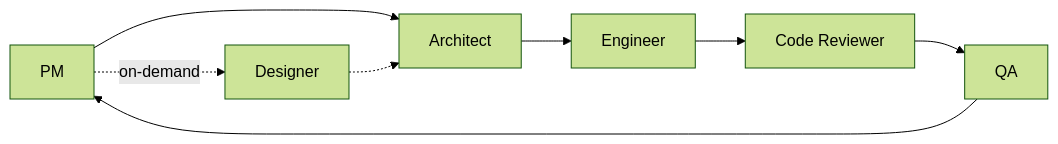
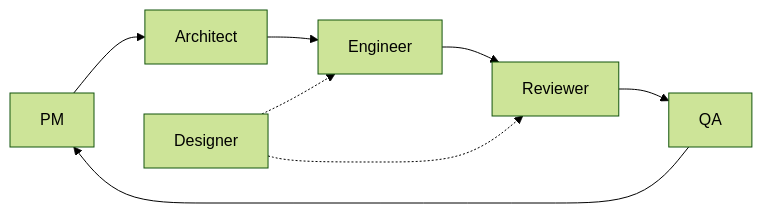
One commit to mshmwr/k-line-prediction changed the diagram in README.md. Above: the diagram before and after it, drawn with Mermaid (forest theme). The commit also changed other lines of this file and 12 other files, not shown here.

````diff
--- a/README.md
+++ b/README.md
@@ -20,6 +30,10 @@
 ```mermaid
 flowchart LR
-    PM --> Architect
-    PM -.->|on-demand| Designer -.-> Architect
-    Architect --> Engineer --> Reviewer["Code Reviewer"] --> QA --> PM
+    PM[PM] --> Architect[Architect]
+    Architect --> Engineer[Engineer]
+    Engineer --> Reviewer[Reviewer]
+    Reviewer --> QA[QA]
+    QA --> PM
+    Designer[Designer] -.-> Engineer
+    Designer -.-> Reviewer
 ```
````
